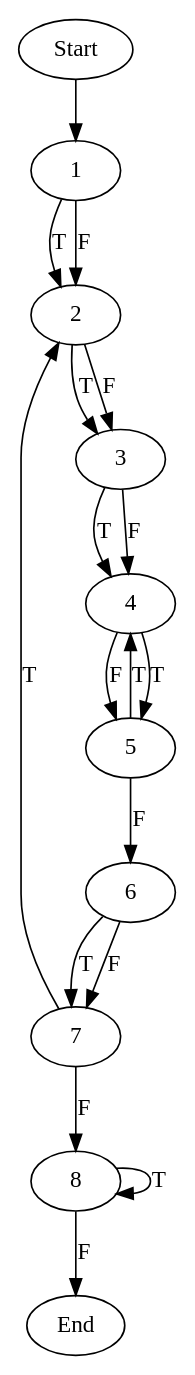
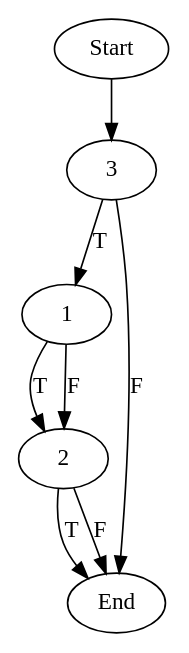
One commit to echancrure/Sikraken changed the diagram in Parser/input.dot. Above: the diagram before and after it, drawn with Graphviz. The commit also changed 7 other files, not shown here.

```diff
--- a/Parser/input.dot
+++ b/Parser/input.dot
@@ -1,19 +1,9 @@
 digraph CFG {
-"Start" -> "1"	 
-"8" -> "8" [label = "T"];
-"8" -> "End" [label = "F"];
-"7" -> "2" [label = "T"];
-"7" -> "8" [label = "F"];
-"6" -> "7" [label = "T"];
-"6" -> "7" [label = "F"];
-"5" -> "4" [label = "T"];
-"5" -> "6" [label = "F"];
-"4" -> "5" [label = "T"];
-"4" -> "5" [label = "F"];
-"3" -> "4" [label = "T"];
-"3" -> "4" [label = "F"];
-"2" -> "3" [label = "T"];
-"2" -> "3" [label = "F"];
+"Start" -> "3"	 
+"3" -> "1" [label = "T"];
+"3" -> "End" [label = "F"];
+"2" -> "End" [label = "T"];
+"2" -> "End" [label = "F"];
 "1" -> "2" [label = "T"];
 "1" -> "2" [label = "F"];
 }
```
